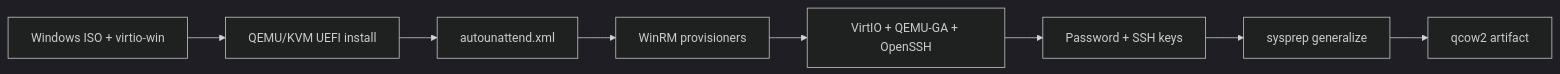
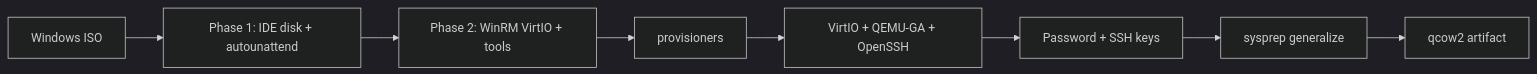
Before and after one commit to validatedpatterns-demos/windows-golden-image-packer: the diagram in README.md, drawn with Mermaid (dark theme). The commit also changed other lines of this file and 30 other files, not shown here.

````diff
--- a/README.md
+++ b/README.md
@@ -89,10 +104,10 @@
 ```mermaid
 flowchart LR
-  A[Windows ISO + virtio-win] --> B[QEMU/KVM UEFI install]
-  B --> C[autounattend.xml]
-  C --> D[WinRM provisioners]
+  A[Windows ISO] --> B[Phase 1: IDE disk + autounattend]
+  B --> C[Phase 2: WinRM VirtIO + tools]
+  C --> D[provisioners]
   D --> E[VirtIO + QEMU-GA + OpenSSH]
   E --> F[Password + SSH keys]
   F --> G[sysprep generalize]
   G --> H[qcow2 artifact]
 ```
````
